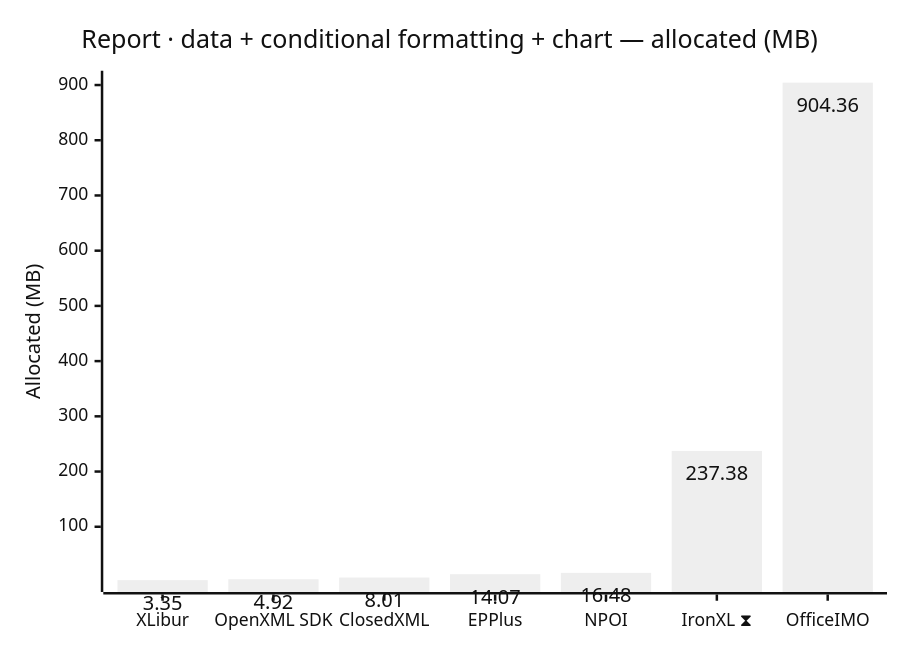
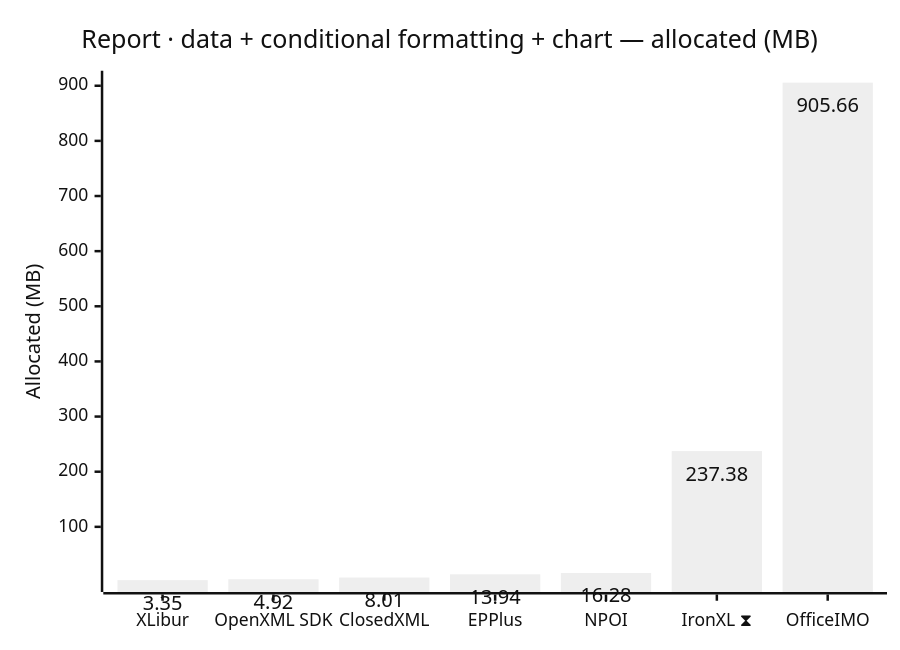
The eighth of 12 diagrams in docs/results-ci.md (jafin/XLBench), drawn with Mermaid (neutral theme) before and after one commit. The commit also changed other lines of this file, not shown here.

````diff
--- a/docs/results-ci.md
+++ b/docs/results-ci.md
@@ -134,12 +134,12 @@
 ```mermaid
 ---
 config:
   xyChart:
     showDataLabel: true
 ---
 xychart-beta
     title "Report · data + conditional formatting + chart — allocated (MB)"
     x-axis ["XLibur", "OpenXML SDK", "ClosedXML", "EPPlus", "NPOI", "IronXL ⧗", "OfficeIMO"]
     y-axis "Allocated (MB)"
-    bar [3.35, 4.92, 8.01, 14.07, 16.48, 237.38, 904.36]
+    bar [3.35, 4.92, 8.01, 13.94, 16.28, 237.38, 905.66]
 ```
````
